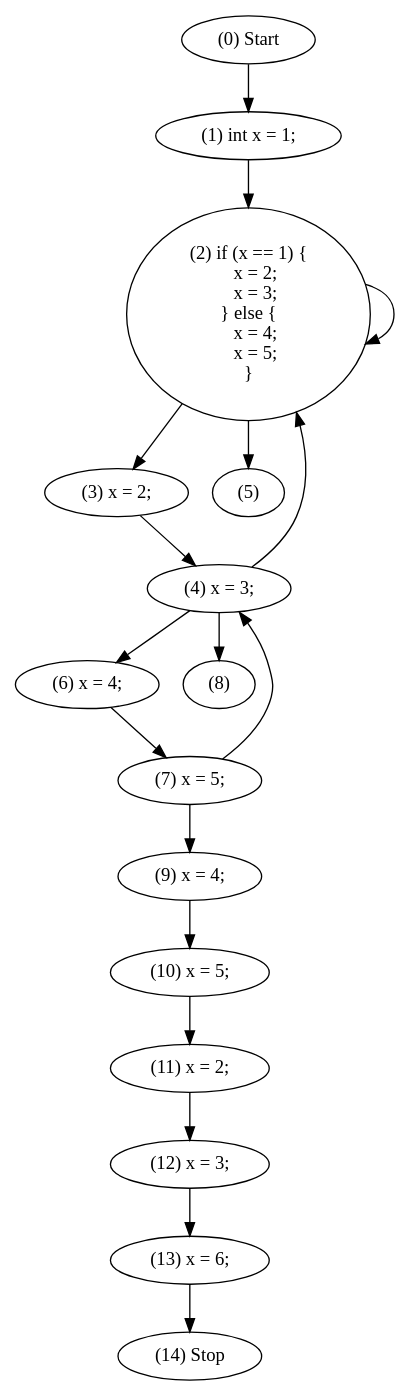
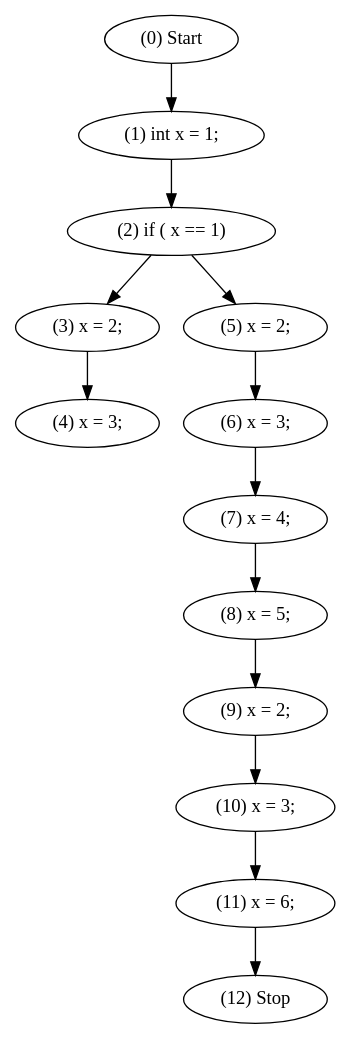
Before and after one commit to JuanColonGarcia/Metaprogram: the diagram in dotsource.dot, drawn with Graphviz. The commit also changed 3 other files, not shown here.

```diff
--- a/dotsource.dot
+++ b/dotsource.dot
@@ -1,38 +1,2 @@
 digraph G {
-"(0) Start" -> "(1) int x = 1;""(1) int x = 1;" -> "(2) if (x == 1) {
-    x = 2;
-    x = 3;
-} else {
-    x = 4;
-    x = 5;
-}""(2) if (x == 1) {
-    x = 2;
-    x = 3;
-} else {
-    x = 4;
-    x = 5;
-}" -> "(2) if (x == 1) {
-    x = 2;
-    x = 3;
-} else {
-    x = 4;
-    x = 5;
-}""(2) if (x == 1) {
-    x = 2;
-    x = 3;
-} else {
-    x = 4;
-    x = 5;
-}" -> "(3) x = 2;""(3) x = 2;" -> "(4) x = 3;""(4) x = 3;" -> "(2) if (x == 1) {
-    x = 2;
-    x = 3;
-} else {
-    x = 4;
-    x = 5;
-}""(2) if (x == 1) {
-    x = 2;
-    x = 3;
-} else {
-    x = 4;
-    x = 5;
-}" -> "(5) ""(4) x = 3;" -> "(6) x = 4;""(6) x = 4;" -> "(7) x = 5;""(7) x = 5;" -> "(4) x = 3;""(4) x = 3;" -> "(8) ""(7) x = 5;" -> "(9) x = 4;""(9) x = 4;" -> "(10) x = 5;""(10) x = 5;" -> "(11) x = 2;""(11) x = 2;" -> "(12) x = 3;""(12) x = 3;" -> "(13) x = 6;""(13) x = 6;" -> "(14) Stop"}
+"(0) Start" -> "(1) int x = 1;""(1) int x = 1;" -> "(2) if ( x == 1)""(2) if ( x == 1)" -> "(3) x = 2;""(3) x = 2;" -> "(4) x = 3;""(2) if ( x == 1)" -> "(5) x = 2;""(5) x = 2;" -> "(6) x = 3;""(6) x = 3;" -> "(7) x = 4;""(7) x = 4;" -> "(8) x = 5;""(8) x = 5;" -> "(9) x = 2;""(9) x = 2;" -> "(10) x = 3;""(10) x = 3;" -> "(11) x = 6;""(11) x = 6;" -> "(12) Stop"}
```
